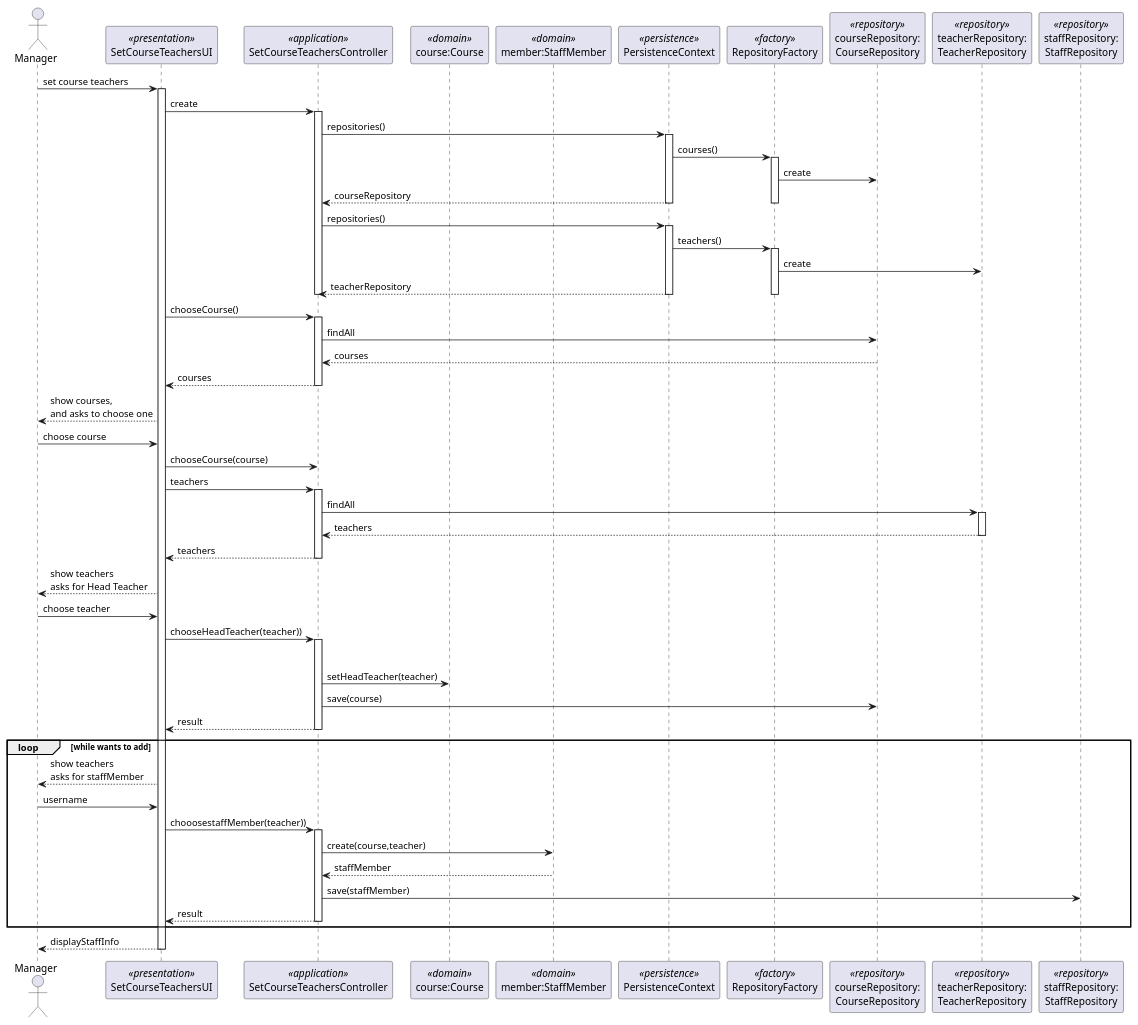
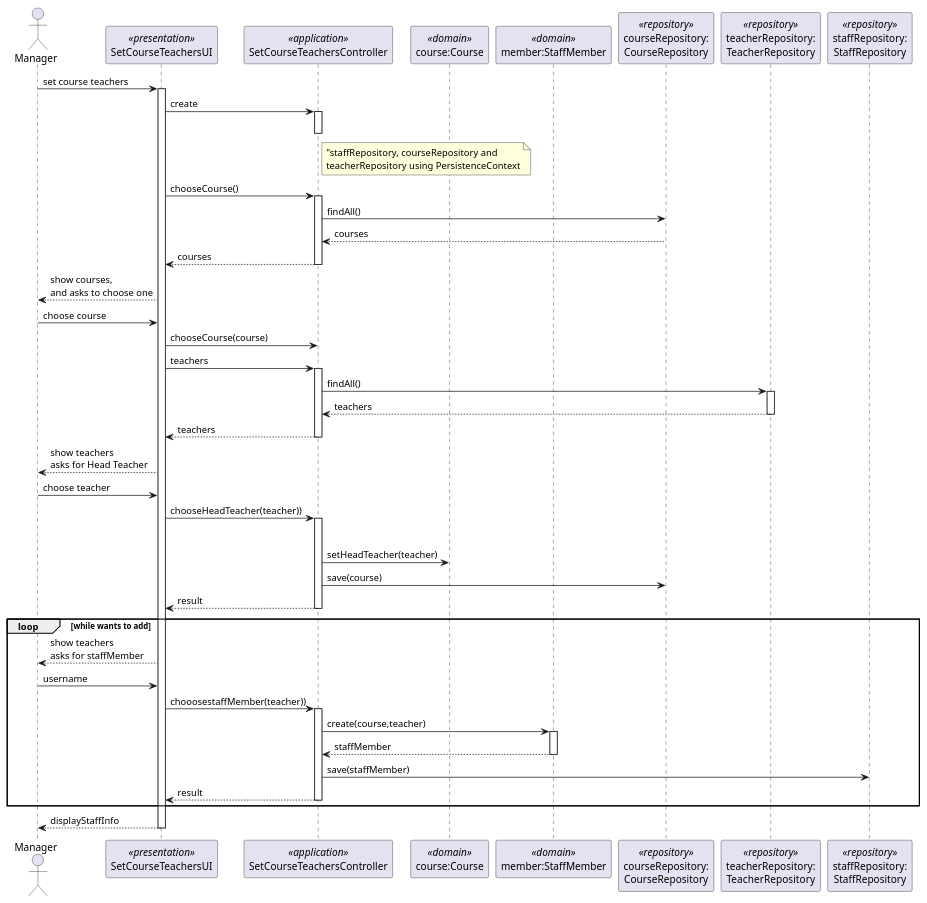
The diagram in docs/us_1005/SD.puml (jovami/isep-lapr4), drawn with PlantUML before and after one commit. The commit also changed 1 other file, not shown here.

Commit message:
(docs/1005): refactor - changed Staff to StaffMember

```diff
--- a/docs/us_1005/SD.puml
+++ b/docs/us_1005/SD.puml
@@ -1,85 +1,67 @@
 @startuml
 
 skinparam packageStyle rect
 skinparam shadowing false
 
 actor Manager as Actor
 participant SetCourseTeachersUI as UI <<presentation>> order 1
 participant SetCourseTeachersController as Controller <<application>> order 2
 participant "course:Course" as Course <<domain>> order 3
 participant "member:StaffMember" as STAFF <<domain>> order 4
-participant PersistenceContext as Persistence <<persistence>> order 5
-participant RepositoryFactory as Fact <<factory>> order 6
 participant "courseRepository:\nCourseRepository" as Repo <<repository>> order 7
 participant "teacherRepository:\nTeacherRepository" as TeacherRepo <<repository>> order 8
 participant "staffRepository:\nStaffRepository" as StaffRepo <<repository>> order 9
 
 Actor -> UI : set course teachers
 activate UI
     UI -> Controller : create
     activate Controller
-        Controller -> Persistence : repositories()
-            activate Persistence
-                Persistence -> Fact : courses()
-                activate Fact
-                    Fact -> Repo : create
-                    Controller <-- Persistence: courseRepository
-                    deactivate Fact
-                    deactivate Persistence
-            'Controller -> UI : courses
-            Controller -> Persistence : repositories()
-            activate Persistence
-                            Persistence -> Fact : teachers()
-                            activate Fact
-                                Fact -> TeacherRepo : create
-                                Controller <-- Persistence: teacherRepository
-                                deactivate Fact
-                                deactivate Persistence
-                        'Controller -> UI : teachers
-            deactivate Controller
-
+        note right of Controller : "staffRepository, courseRepository and \nteacherRepository using PersistenceContext
+        deactivate Controller
         UI -> Controller : chooseCourse()
         activate Controller
-            Controller -> Repo : findAll
+            Controller -> Repo : findAll()
             Controller <-- Repo : courses
             Controller --> UI : courses
-            deactivate Controller
+        deactivate Controller
 
         Actor <-- UI : show courses, \nand asks to choose one
         Actor -> UI : choose course
         UI -> Controller : chooseCourse(course)
         UI -> Controller : teachers
         activate Controller
 
-         Controller -> TeacherRepo : findAll
+         Controller -> TeacherRepo : findAll()
             activate TeacherRepo
             Controller <-- TeacherRepo : teachers
          deactivate TeacherRepo
         Controller --> UI : teachers
         deactivate Controller
         Actor <-- UI : show teachers\nasks for Head Teacher
         Actor -> UI : choose teacher
         UI -> Controller : chooseHeadTeacher(teacher))
 
         activate Controller
             deactivate TeacherRepo
             Controller -> Course : setHeadTeacher(teacher)
             Controller -> Repo : save(course)
         UI <-- Controller : result
         deactivate Controller
         loop while wants to add
         Actor <-- UI : show teachers \nasks for staffMember
         Actor -> UI : username
         UI -> Controller : chooosestaffMember(teacher))
         activate Controller
 
             Controller -> STAFF : create(course,teacher)
+            activate STAFF
             Controller <-- STAFF : staffMember
+            deactivate STAFF
             Controller -> StaffRepo : save(staffMember)
             UI <-- Controller : result
         deactivate Controller
         end
 Actor <-- UI : displayStaffInfo
 deactivate UI
 
 @enduml
```
